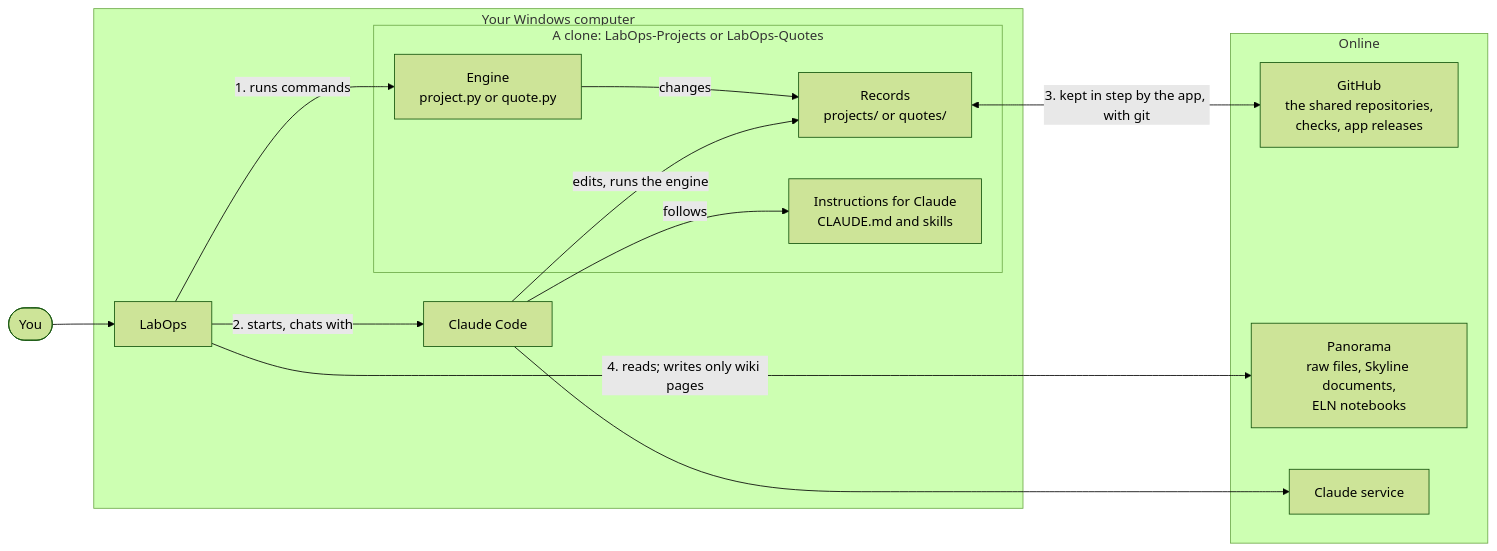
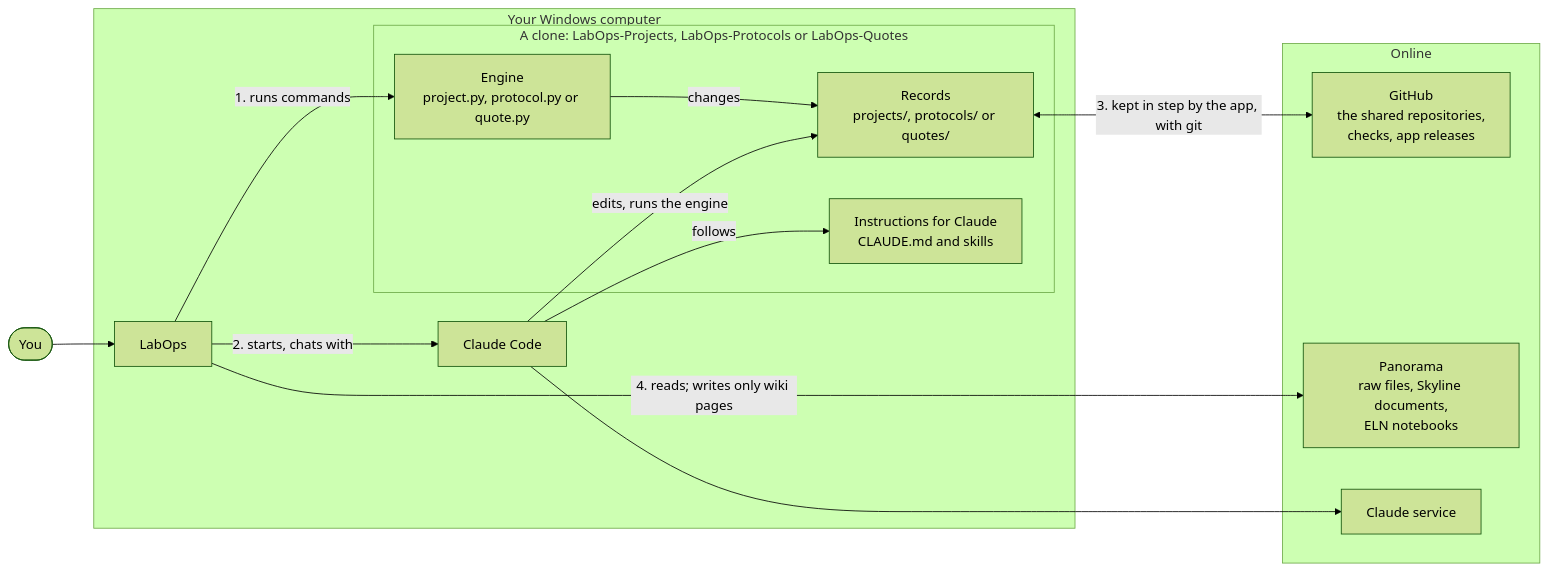
One commit to uw-maccosslab/LabOps changed the first of 6 diagrams in docs/architecture.md. Above: the diagram before and after it, drawn with Mermaid (forest theme). The commit also changed other lines of this file and 39 other files, not shown here.

First line of the commit message:
Protocols: the lab's protocols, every version, and the version each step followed

````diff
--- a/docs/architecture.md
+++ b/docs/architecture.md
@@ -26,29 +26,29 @@
 ```mermaid
 flowchart LR
     you(["You"]) --> app
 
     subgraph computer["Your Windows computer"]
         app["LabOps"]
         claude["Claude Code"]
-        subgraph clone["A clone: LabOps-Projects or LabOps-Quotes"]
-            records["Records<br/>projects/ or quotes/"]
-            engine["Engine<br/>project.py or quote.py"]
+        subgraph clone["A clone: LabOps-Projects, LabOps-Protocols or LabOps-Quotes"]
+            records["Records<br/>projects/, protocols/ or quotes/"]
+            engine["Engine<br/>project.py, protocol.py or quote.py"]
             guide["Instructions for Claude<br/>CLAUDE.md and skills"]
         end
     end
 
     subgraph online["Online"]
         github["GitHub<br/>the shared repositories,<br/>checks, app releases"]
         panorama["Panorama<br/>raw files, Skyline documents,<br/>ELN notebooks"]
         claudeService["Claude service"]
     end
 
     app -->|"1. runs commands"| engine
     engine -->|"changes"| records
     app -->|"2. starts, chats with"| claude
     claude -->|"follows"| guide
     claude -->|"edits, runs the engine"| records
     records <-->|"3. kept in step by the app, with git"| github
     app -->|"4. reads; writes only wiki pages"| panorama
     claude --> claudeService
 ```
````
